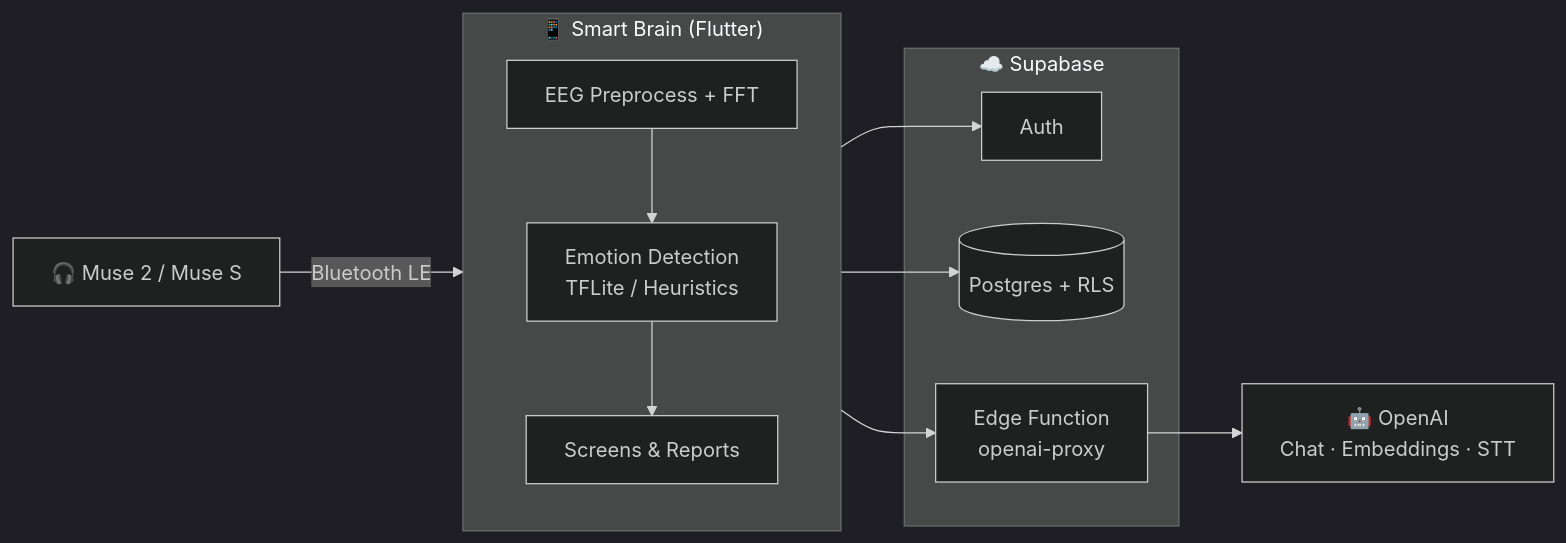
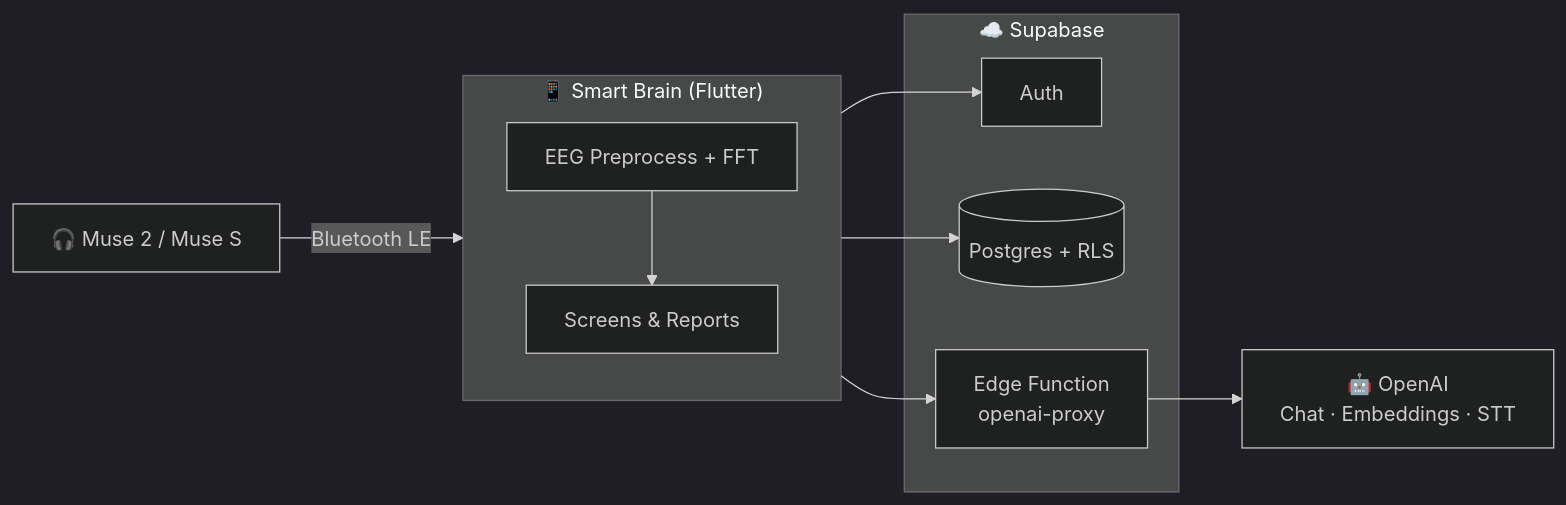
Before and after one commit to Kimtachina/BRAIN-AI-Brainwave-Recognition-Analysis-using-Intelligent-AI: the second of 2 diagrams in README.md, drawn with Mermaid (dark theme). The commit also changed other lines of this file and 115 other files, not shown here.

````diff
--- a/README.md
+++ b/README.md
@@ -157,22 +150,21 @@
 ```mermaid
 flowchart LR
     Muse["🎧 Muse 2 / Muse S"] -- Bluetooth LE --> App
 
     subgraph App["📱 Smart Brain (Flutter)"]
         EEG["EEG Preprocess + FFT"]
-        Emotion["Emotion Detection<br/>TFLite / Heuristics"]
         UI["Screens & Reports"]
-        EEG --> Emotion --> UI
+        EEG --> UI
     end
 
     subgraph Supabase["☁️ Supabase"]
         Auth["Auth"]
         DB[("Postgres + RLS")]
         Edge["Edge Function<br/>openai-proxy"]
     end
 
     App --> Auth
     App --> DB
     App --> Edge
     Edge --> OpenAI["🤖 OpenAI<br/>Chat · Embeddings · STT"]
 ```
````
